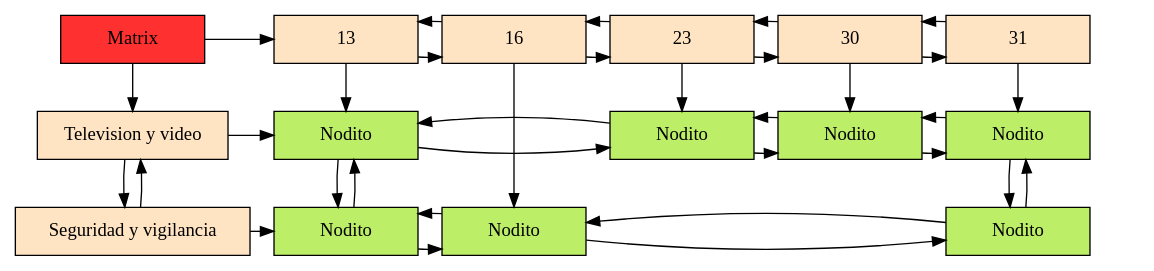
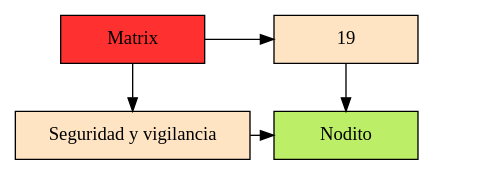
One commit to JAlvarez9/EDD_VirtualMall_201900528 changed the diagram in EDD_VirtualMall/Backend/Dots/matriz.dot. Above: the diagram before and after it, drawn with Graphviz. The commit also changed 12 other files, not shown here.

```diff
--- a/EDD_VirtualMall/Backend/Dots/matriz.dot
+++ b/EDD_VirtualMall/Backend/Dots/matriz.dot
@@ -1,56 +1,15 @@
 digraph G{ 
 node [shape=box] 
  Mt[ label = "Matrix", width = 1.5, style = filled, fillcolor = firebrick1, group = 1 ]; 
 e0[ shape = point, width = 0 ]; 
 e1[ shape = point, width = 0 ]; 
-node0xc000050fc0 [label = "Television y video"    width = 1.5 style = filled, fillcolor = bisque1, group = 1 ]; 
-node0xc000050fc0 -> node0xc000050f00; 
-node0xc000050f00 -> node0xc000050fc0; 
-node0xc000050f00 [label = "Seguridad y vigilancia"    width = 1.5 style = filled, fillcolor = bisque1, group = 1 ]; 
-node0xc000052b90 [label = "13"    width = 1.5 style = filled, fillcolor = bisque1, group = 2 ]; 
-node0xc000052b90 -> node0xc000052cd0; 
-node0xc000052cd0 -> node0xc000052b90; 
-node0xc000052cd0 [label = "16"    width = 1.5 style = filled, fillcolor = bisque1, group = 3 ]; 
-node0xc000052cd0 -> node0xc000052d20; 
-node0xc000052d20 -> node0xc000052cd0; 
-node0xc000052d20 [label = "23"    width = 1.5 style = filled, fillcolor = bisque1, group = 4 ]; 
-node0xc000052d20 -> node0xc000052be0; 
-node0xc000052be0 -> node0xc000052d20; 
-node0xc000052be0 [label = "30"    width = 1.5 style = filled, fillcolor = bisque1, group = 5 ]; 
-node0xc000052be0 -> node0xc000052c80; 
-node0xc000052c80 -> node0xc000052be0; 
-node0xc000052c80 [label = "31"    width = 1.5 style = filled, fillcolor = bisque1, group = 6 ]; 
-Mt -> node0xc000050fc0 
-Mt -> node0xc000052b90 
-{ rank = same; Mt;  node0xc000052b90;node0xc000052cd0;node0xc000052d20;node0xc000052be0;node0xc000052c80;} 
-node0xc000052b90 -> node0xc000021ba0; 
-node0xc000021ba0 [label = "Nodito" style = filled, fillcolor = darkolivegreen2	 width = 1.5, group = 2 ]; 
-node0xc000021ba0 -> node0xc000021930; 
-node0xc000021930 -> node0xc000021ba0; 
-node0xc000021930 [label = "Nodito" style = filled, fillcolor = darkolivegreen2	 width = 1.5, group = 2 ]; 
-node0xc000052cd0 -> node0xc000021d40; 
-node0xc000021d40 [label = "Nodito" style = filled, fillcolor = darkolivegreen2	 width = 1.5, group = 3 ]; 
-node0xc000052d20 -> node0xc000021e10; 
-node0xc000021e10 [label = "Nodito" style = filled, fillcolor = darkolivegreen2	 width = 1.5, group = 4 ]; 
-node0xc000052be0 -> node0xc000021a00; 
-node0xc000021a00 [label = "Nodito" style = filled, fillcolor = darkolivegreen2	 width = 1.5, group = 5 ]; 
-node0xc000052c80 -> node0xc000021c70; 
-node0xc000021c70 [label = "Nodito" style = filled, fillcolor = darkolivegreen2	 width = 1.5, group = 6 ]; 
-node0xc000021c70 -> node0xc000021ee0; 
-node0xc000021ee0 -> node0xc000021c70; 
-node0xc000021ee0 [label = "Nodito" style = filled, fillcolor = darkolivegreen2	 width = 1.5, group = 6 ]; 
-node0xc000050fc0 -> node0xc000021ba0; 
-node0xc000021ba0 -> node0xc000021e10; 
-node0xc000021e10 -> node0xc000021ba0; 
-node0xc000021e10 -> node0xc000021a00; 
-node0xc000021a00 -> node0xc000021e10; 
-node0xc000021a00 -> node0xc000021c70; 
-node0xc000021c70 -> node0xc000021a00; 
-node0xc000050f00 -> node0xc000021930; 
-node0xc000021930 -> node0xc000021d40; 
-node0xc000021d40 -> node0xc000021930; 
-node0xc000021d40 -> node0xc000021ee0; 
-node0xc000021ee0 -> node0xc000021d40; 
-{ rank = same; node0xc000050fc0; node0xc000021ba0;node0xc000021e10;node0xc000021a00;node0xc000021c70;} 
-{ rank = same; node0xc000050f00; node0xc000021930;node0xc000021d40;node0xc000021ee0;} 
+node0xc00024e0c0 [label = "Seguridad y vigilancia"    width = 1.5 style = filled, fillcolor = bisque1, group = 1 ]; 
+node0xc0002280f0 [label = "19"    width = 1.5 style = filled, fillcolor = bisque1, group = 2 ]; 
+Mt -> node0xc00024e0c0 
+Mt -> node0xc0002280f0 
+{ rank = same; Mt;  node0xc0002280f0;} 
+node0xc0002280f0 -> node0xc000232410; 
+node0xc000232410 [label = "Nodito" style = filled, fillcolor = darkolivegreen2	 width = 1.5, group = 2 ]; 
+node0xc00024e0c0 -> node0xc000232410; 
+{ rank = same; node0xc00024e0c0; node0xc000232410;} 
 } 
```
